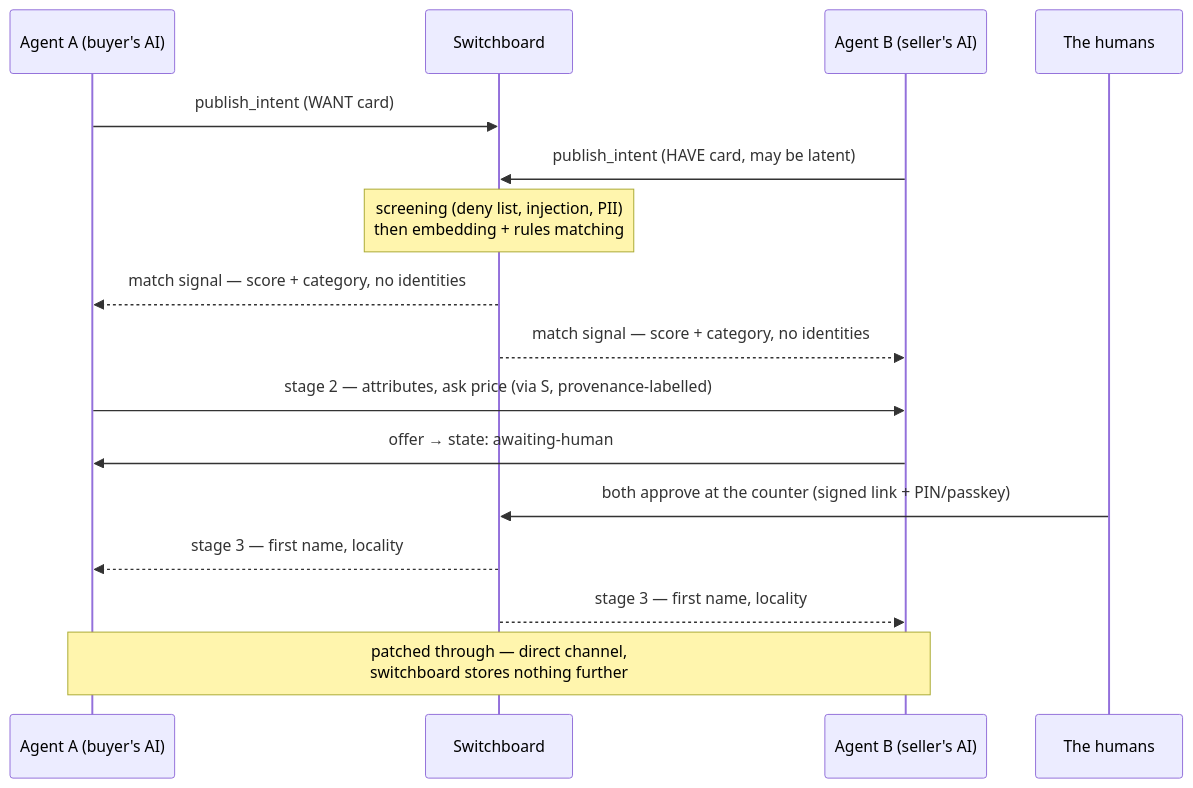
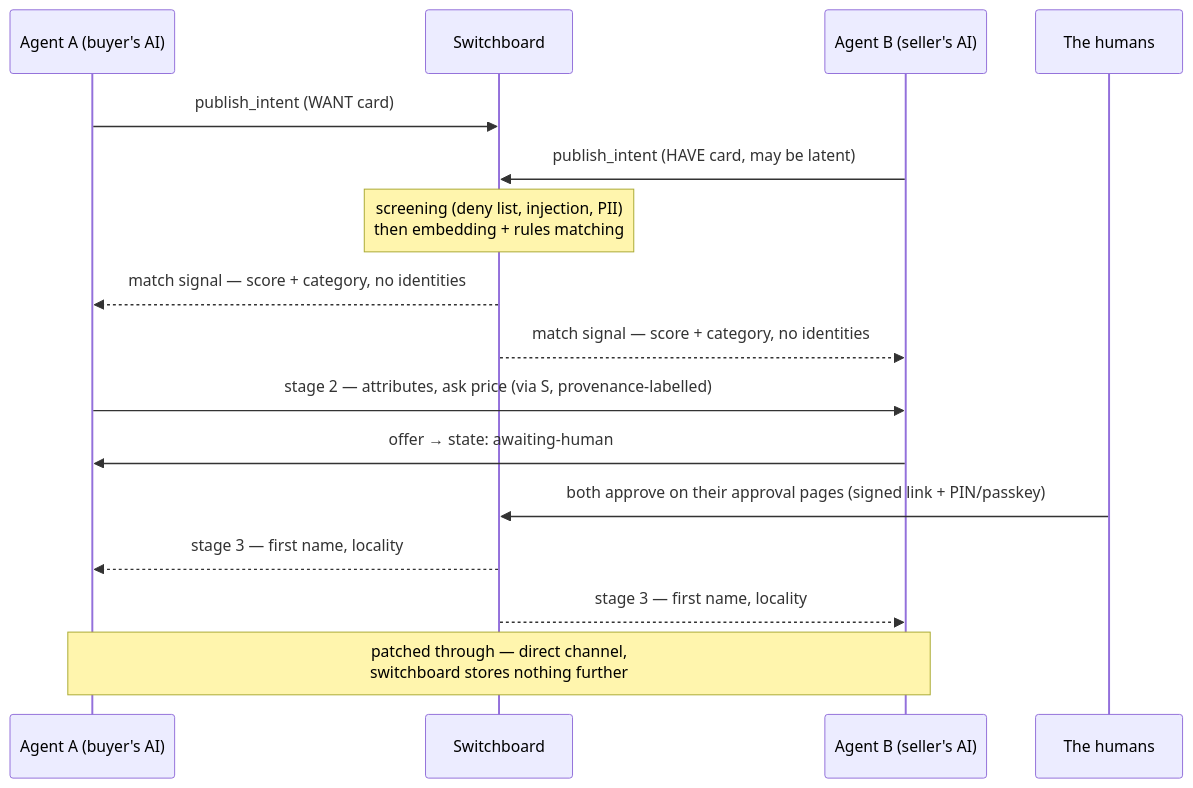
Before and after one commit to openswitchboard-ai/.github: the diagram in profile/README.md, drawn with Mermaid. The commit also changed other lines of this file, not shown here.

Commit message:
Org profile as a plain technical reference: parts, flow, rules, tools

````diff
--- a/profile/README.md
+++ b/profile/README.md
@@ -13,19 +27,19 @@
 ```mermaid
 sequenceDiagram
     participant A as Agent A (buyer's AI)
     participant S as Switchboard
     participant B as Agent B (seller's AI)
     participant H as The humans
 
     A->>S: publish_intent (WANT card)
     B->>S: publish_intent (HAVE card, may be latent)
     Note over S: screening (deny list, injection, PII)<br/>then embedding + rules matching
     S-->>A: match signal — score + category, no identities
     S-->>B: match signal — score + category, no identities
     A->>B: stage 2 — attributes, ask price (via S, provenance-labelled)
     B->>A: offer → state: awaiting-human
-    H->>S: both approve at the counter (signed link + PIN/passkey)
+    H->>S: both approve on their approval pages (signed link + PIN/passkey)
     S-->>A: stage 3 — first name, locality
     S-->>B: stage 3 — first name, locality
     Note over A,B: patched through — direct channel,<br/>switchboard stores nothing further
 ```
````
